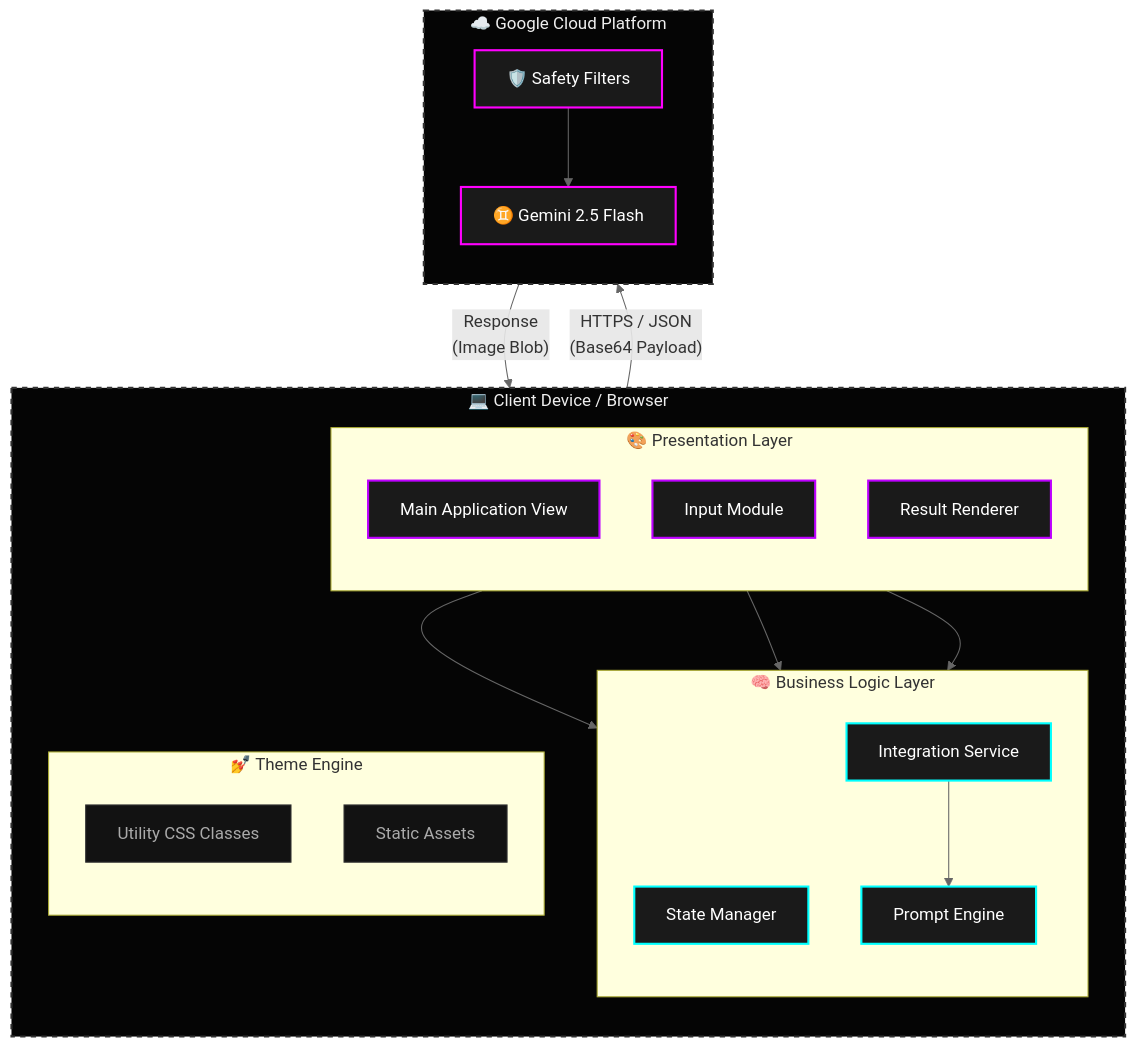
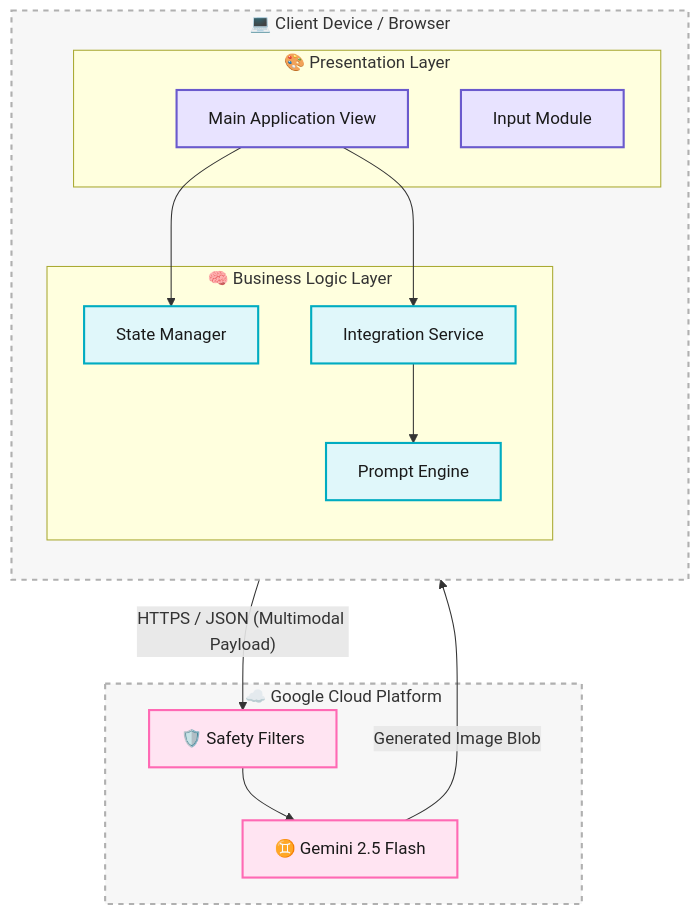
The diagram in readme/architecture_diagram.md (abhivickyvyas/squad-mix-ai), drawn with Mermaid before and after one commit. The commit also changed other lines of this file and 1 other file, not shown here.

Commit message:
docs: Update architecture diagram styles
Refactors the architecture diagram to use a more vibrant color palette and removes the explicit mention of Tailwind CSS from the diagram description for broader applicability. This enhances visual appeal and clarifies the diagram's content.

````diff
--- a/readme/architecture_diagram.md
+++ b/readme/architecture_diagram.md
@@ -17,56 +16,40 @@
 ```mermaid
 graph TB
-    %% Define Custom Styles
-    classDef base fill:#121212,stroke:#333,stroke-width:1px,color:#aaa
-    classDef ui fill:#1a1a1a,stroke:#bd00ff,stroke-width:2px,color:#fff,shadow:0 0 10px #bd00ff
-    classDef logic fill:#1a1a1a,stroke:#00ffff,stroke-width:2px,color:#fff
-    classDef google fill:#1a1a1a,stroke:#ff00ff,stroke-width:2px,color:#fff
-    classDef container fill:#050505,stroke:#333,stroke-width:2px,stroke-dasharray: 5 5,color:#eee
+    %% Styles (No black used)
+    classDef ui fill:#e8e3ff,stroke:#6a5acd,stroke-width:2px,color:#1a1a1a
+    classDef logic fill:#e0f7fa,stroke:#00acc1,stroke-width:2px,color:#1a1a1a
+    classDef cloud fill:#ffe4f2,stroke:#ff69b4,stroke-width:2px,color:#1a1a1a
+    classDef container fill:#f7f7f7,stroke:#b0b0b0,stroke-width:2px,stroke-dasharray: 5 5,color:#333
 
-    subgraph Client_Device ["💻 Client Device / Browser"]
+    subgraph Client_Device["💻 Client Device / Browser"]
         direction TB
         
-        subgraph UI_Layer ["🎨 Presentation Layer"]
-            direction TB
+        subgraph UI_Layer["🎨 Presentation Layer"]
             CoreUI["Main Application View"]:::ui
             InputMod["Input Module"]:::ui
-            OutputMod["Result Renderer"]:::ui
         end
         
-        subgraph Logic_Layer ["🧠 Business Logic Layer"]
-            direction TB
+        subgraph Logic_Layer["🧠 Business Logic Layer"]
             StateManager["State Manager"]:::logic
             APIService["Integration Service"]:::logic
             PromptEng["Prompt Engine"]:::logic
         end
-        
-        subgraph Styling ["💅 Theme Engine"]
-            direction TB
-            CSS["Utility CSS Classes"]:::base
-            Assets["Static Assets"]:::base
-        end
     end
     
-    subgraph Cloud_Infrastructure ["☁️ Google Cloud Platform"]
-        direction TB
-        GeminiModel["♊ Gemini 2.5 Flash"]:::google
-        SafetyFilters["🛡️ Safety Filters"]:::google
+    subgraph Cloud_Infrastructure["☁️ Google Cloud Platform"]
+        GeminiModel["♊ Gemini 2.5 Flash"]:::cloud
+        SafetyFilters["🛡️ Safety Filters"]:::cloud
     end
-
-    %% Apply Container Styles
+    
+    %% Applying Container Styles
     class Client_Device,Cloud_Infrastructure container
 
-    %% Connections
     CoreUI --> StateManager
     CoreUI --> APIService
-    InputMod --> StateManager
     
     APIService --> PromptEng
     
-    APIService -- "HTTPS / JSON<br/>(Base64 Payload)" --> SafetyFilters
+    APIService -- "HTTPS / JSON (Multimodal Payload)" --> SafetyFilters
     SafetyFilters --> GeminiModel
-    GeminiModel -- "Response<br/>(Image Blob)" --> APIService
-    
-    %% Link Styling
-    linkStyle default stroke:#666,stroke-width:1px
+    GeminiModel -- "Generated Image Blob" --> APIService
 ```
````
